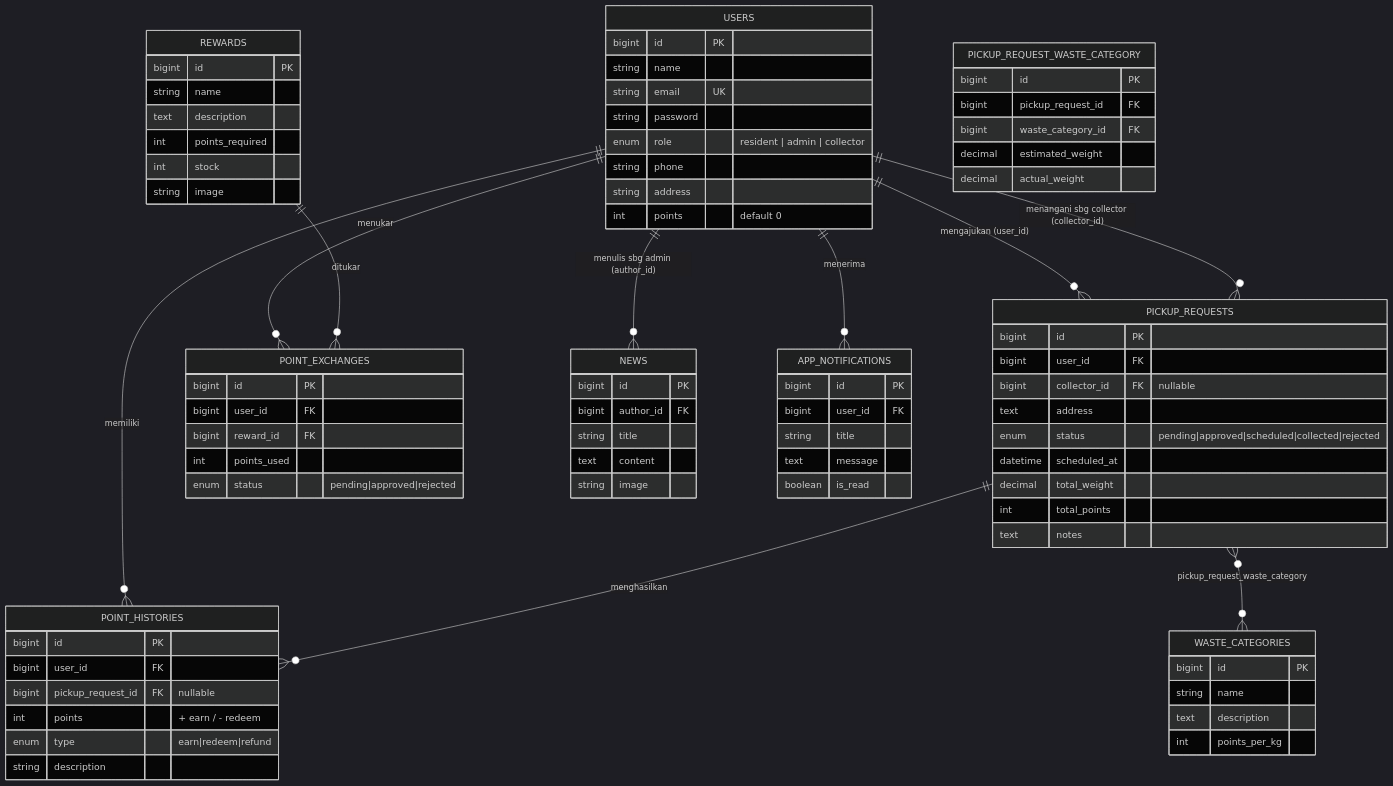
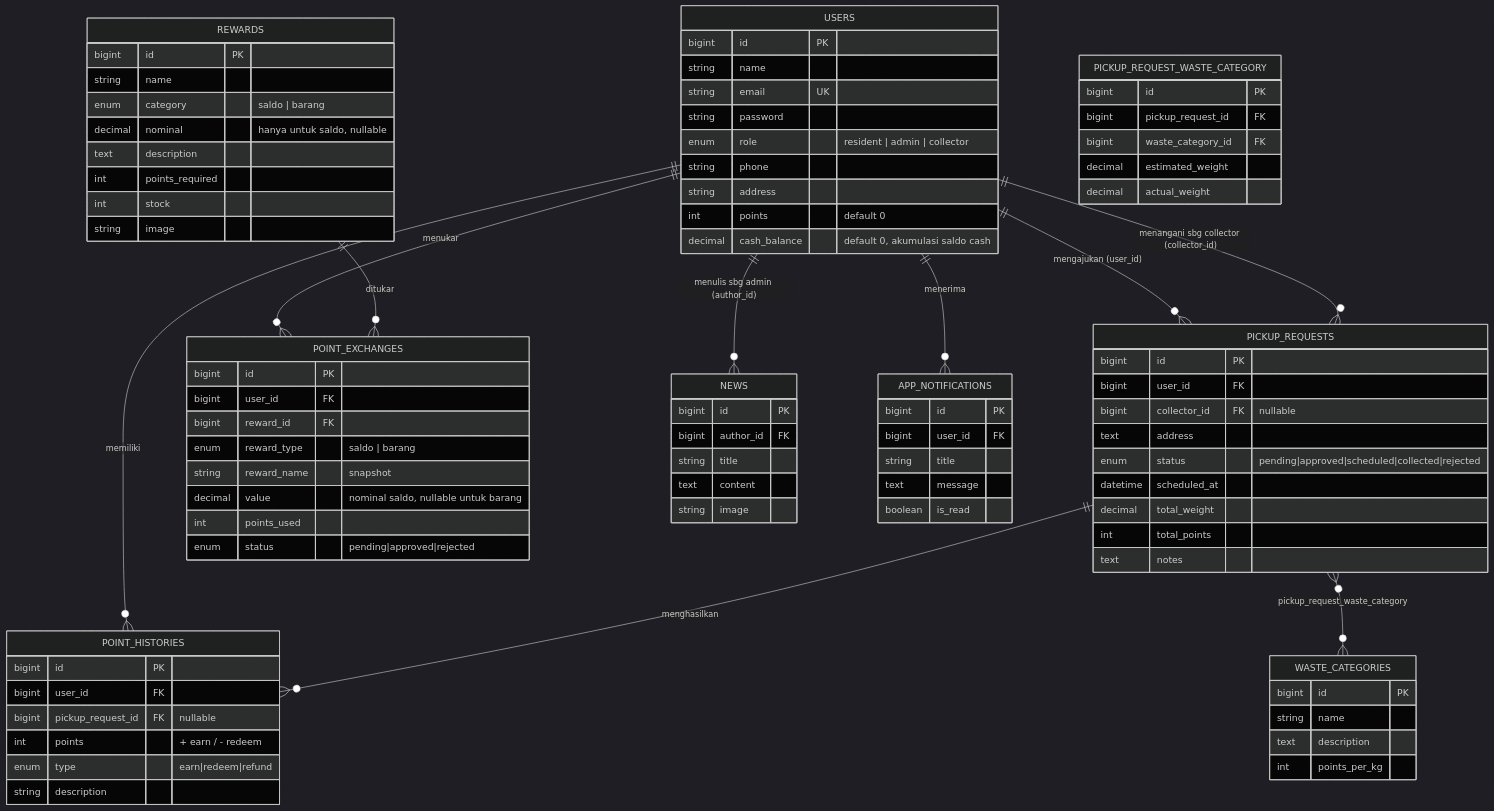
One commit to Evin1502/REPO_AISYA-DEVINA_Rekrutmen_EISD changed the diagram in docs/uml/ERD.md. Above: the diagram before and after it, drawn with Mermaid (dark theme). The commit also changed other lines of this file and 40 other files, not shown here.

```diff
--- a/docs/uml/ERD.md
+++ b/docs/uml/ERD.md
@@ -29,6 +29,7 @@
         string phone
         string address
         int points "default 0"
+        decimal cash_balance "default 0, akumulasi saldo cash"
     }
 
     WASTE_CATEGORIES {
@@ -70,6 +71,8 @@
     REWARDS {
         bigint id PK
         string name
+        enum category "saldo | barang"
+        decimal nominal "hanya untuk saldo, nullable"
         text description
         int points_required
         int stock
@@ -80,6 +83,9 @@
         bigint id PK
         bigint user_id FK
         bigint reward_id FK
+        enum reward_type "saldo | barang"
+        string reward_name "snapshot"
+        decimal value "nominal saldo, nullable untuk barang"
         int points_used
         enum status "pending|approved|rejected"
     }
```
